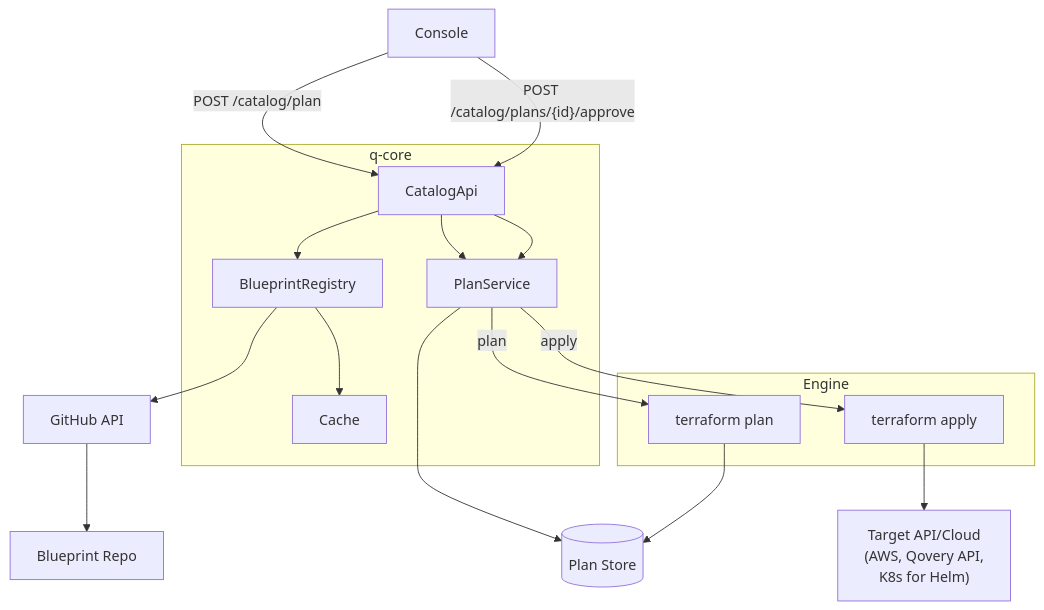
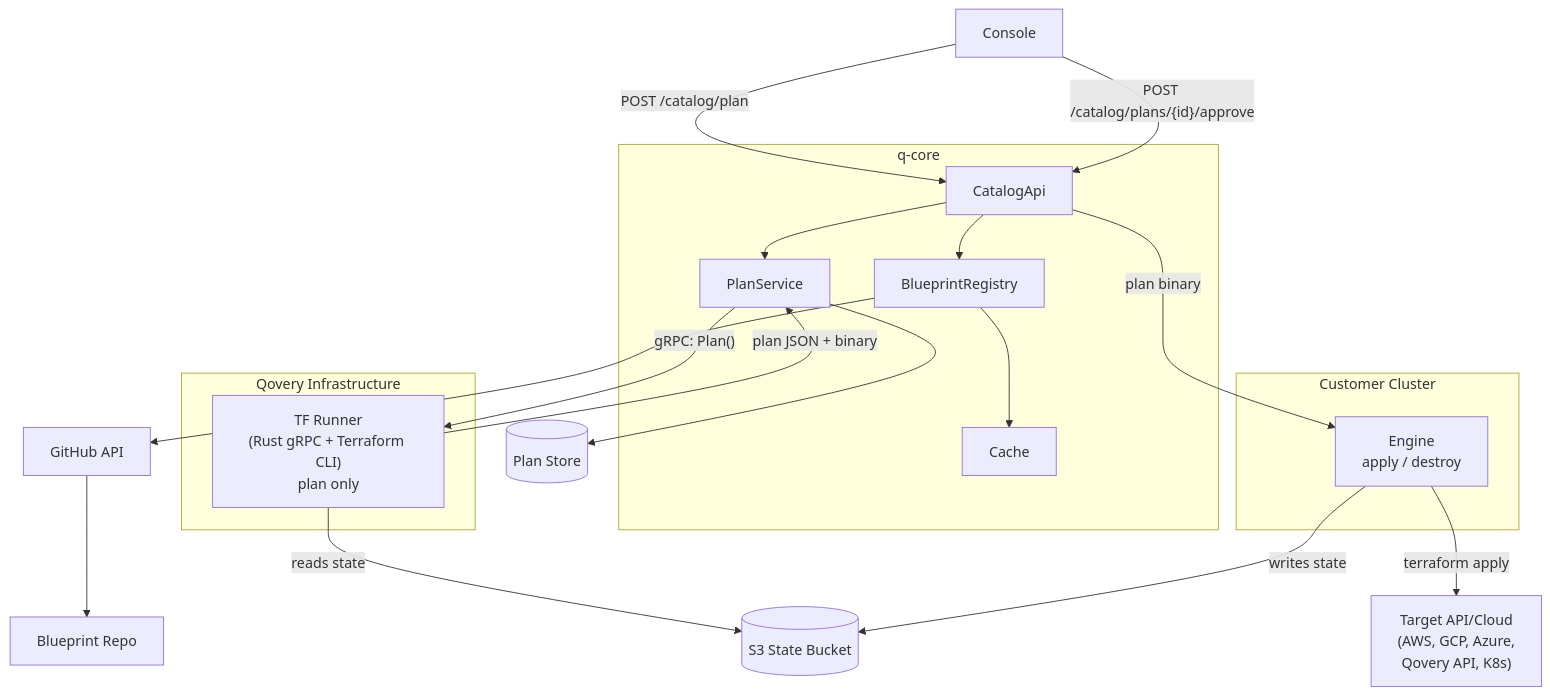
The diagram in PLAN.md (Astach/service-catalog), drawn with Mermaid before and after one commit. The commit also changed other lines of this file and 10 other files, not shown here.

````diff
--- a/PLAN.md
+++ b/PLAN.md
@@ -63,32 +63,39 @@
 ```mermaid
 graph TB
     Console["Console"]
 
     subgraph qcore["q-core"]
         CatalogApi["CatalogApi"]
         PlanService["PlanService"]
         BlueprintRegistry["BlueprintRegistry"]
         Cache["Cache"]
     end
 
-    subgraph engine["Engine"]
-        PlanRunner["terraform plan"]
-        ApplyRunner["terraform apply"]
+    subgraph qovery_infra["Qovery Infrastructure"]
+        TfRunner["TF Runner<br/>(Rust gRPC + Terraform CLI)<br/>plan only"]
     end
 
+    subgraph customer["Customer Cluster"]
+        Engine["Engine<br/>apply / destroy"]
+    end
+
+    S3State[("S3 State Bucket")]
     GitHub["GitHub API"]
     Repo["Blueprint Repo"]
     PlanStore[("Plan Store")]
-    Target["Target API/Cloud<br/>(AWS, Qovery API,<br/>K8s for Helm)"]
+    Target["Target API/Cloud<br/>(AWS, GCP, Azure,<br/>Qovery API, K8s)"]
 
     Console -->|"POST /catalog/plan"| CatalogApi
     CatalogApi --> BlueprintRegistry
     BlueprintRegistry --> Cache
     BlueprintRegistry --> GitHub --> Repo
-    CatalogApi --> PlanService --> PlanStore
-    PlanService -->|"plan"| PlanRunner --> PlanStore
+    CatalogApi --> PlanService
+    PlanService -->|"gRPC: Plan()"| TfRunner
+    TfRunner -->|"reads state"| S3State
+    TfRunner -->|"plan JSON + binary"| PlanService --> PlanStore
 
     Console -->|"POST /catalog/plans/{id}/approve"| CatalogApi
-    CatalogApi --> PlanService
-    PlanService -->|"apply"| ApplyRunner --> Target
+    CatalogApi -->|"plan binary"| Engine
+    Engine -->|"terraform apply"| Target
+    Engine -->|"writes state"| S3State
 ```
````
